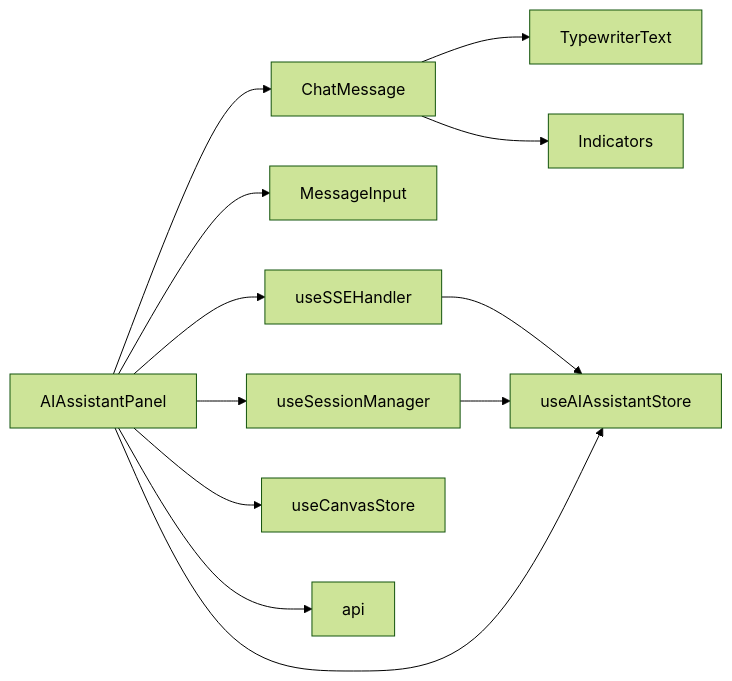
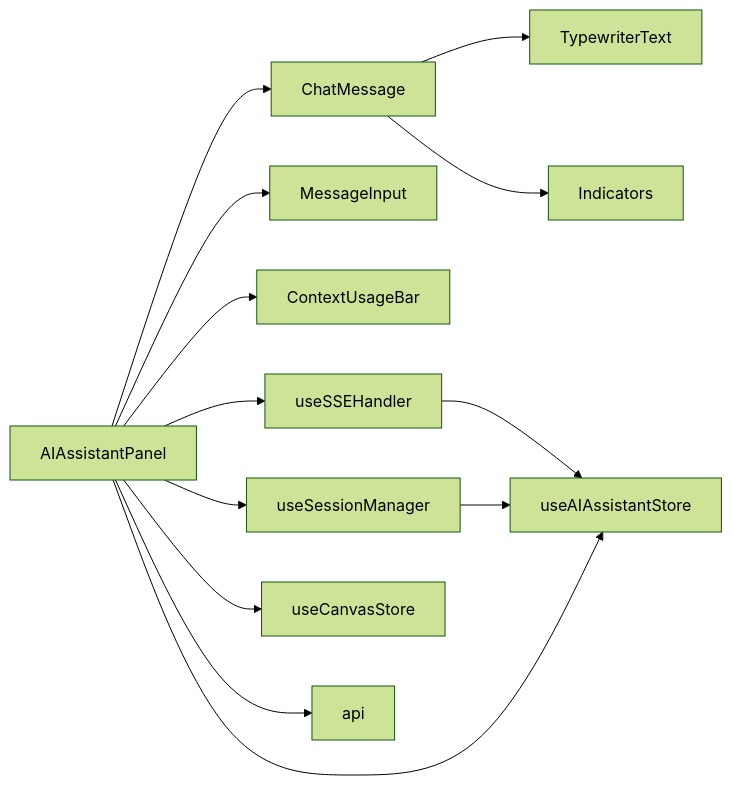
Before and after one commit to KunLabAI/KunFlix: the eighth of 8 diagrams in .qoder/repowiki/zh/content/前端应用架构/UI组件库/AI助手组件.md, drawn with Mermaid (forest theme). The commit also changed other lines of this file and 9 other files, not shown here.

````diff
--- a/.qoder/repowiki/zh/content/前端应用架构/UI组件库/AI助手组件.md
+++ b/.qoder/repowiki/zh/content/前端应用架构/UI组件库/AI助手组件.md
@@ -339,14 +382,15 @@
 ```mermaid
 graph LR
 Panel["AIAssistantPanel"] --> Msg["ChatMessage"]
 Panel --> Input["MessageInput"]
+Panel --> ContextBar["ContextUsageBar"]
 Panel --> SSE["useSSEHandler"]
 Panel --> Session["useSessionManager"]
 Msg --> Typewriter["TypewriterText"]
 Msg --> Indicators["Indicators"]
 SSE --> Store["useAIAssistantStore"]
 Session --> Store
 Panel --> Store
 Panel --> CanvasStore["useCanvasStore"]
 Panel --> API["api"]
 ```
````
